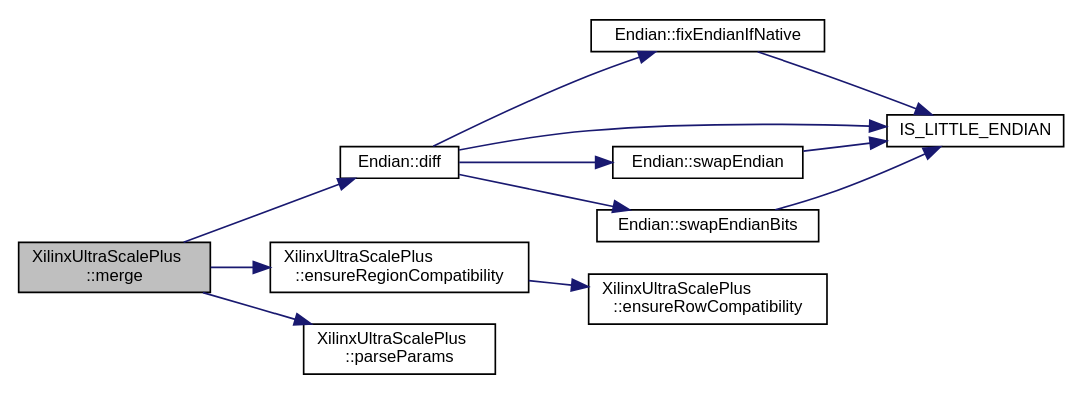
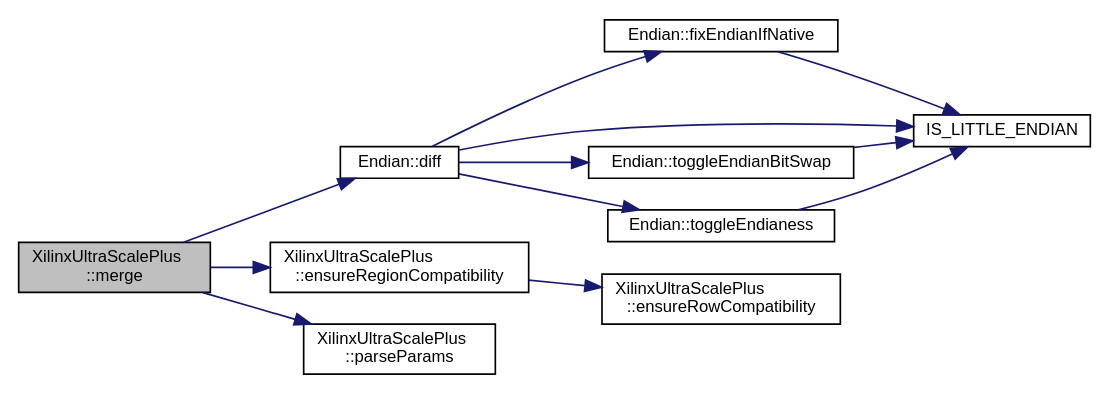
One commit to FPGA-Research-Manchester/byteman changed the diagram in classXilinxUltraScalePlus_aa0e0292dad364e72a422f4733f5ca207_cgraph.dot. Above: the diagram before and after it, drawn with Graphviz. The commit also changed 366 other files, not shown here.

```diff
--- a/classXilinxUltraScalePlus_aa0e0292dad364e72a422f4733f5ca207_cgraph.dot
+++ b/classXilinxUltraScalePlus_aa0e0292dad364e72a422f4733f5ca207_cgraph.dot
@@ -1,28 +1,28 @@
 digraph "XilinxUltraScalePlus::merge"
 {
  // INTERACTIVE_SVG=YES
  // LATEX_PDF_SIZE
   edge [fontname="Helvetica",fontsize="10",labelfontname="Helvetica",labelfontsize="10"];
   node [fontname="Helvetica",fontsize="10",shape=record];
   rankdir="LR";
   Node1 [label="XilinxUltraScalePlus\l::merge",height=0.2,width=0.4,color="black", fillcolor="grey75", style="filled", fontcolor="black",tooltip=" "];
   Node1 -> Node2 [color="midnightblue",fontsize="10",style="solid",fontname="Helvetica"];
   Node2 [label="Endian::diff",height=0.2,width=0.4,color="black", fillcolor="white", style="filled",URL="$namespaceEndian.html#a341a75d4d5983d8e5572d021f945d9a5",tooltip=" "];
   Node2 -> Node3 [color="midnightblue",fontsize="10",style="solid",fontname="Helvetica"];
   Node3 [label="Endian::fixEndianIfNative",height=0.2,width=0.4,color="black", fillcolor="white", style="filled",URL="$namespaceEndian.html#a8a0c2ce68f029b6a669ea1009ab0054b",tooltip=" "];
   Node3 -> Node4 [color="midnightblue",fontsize="10",style="solid",fontname="Helvetica"];
   Node4 [label="IS_LITTLE_ENDIAN",height=0.2,width=0.4,color="black", fillcolor="white", style="filled",URL="$Endianess_8h.html#a09334e77fb4b0057f3d9ef99a5ae987c",tooltip=" "];
   Node2 -> Node4 [color="midnightblue",fontsize="10",style="solid",fontname="Helvetica"];
   Node2 -> Node5 [color="midnightblue",fontsize="10",style="solid",fontname="Helvetica"];
-  Node5 [label="Endian::swapEndian",height=0.2,width=0.4,color="black", fillcolor="white", style="filled",URL="$namespaceEndian.html#a250cb73cab89a72ecae4c250ca0c41f5",tooltip=" "];
+  Node5 [label="Endian::toggleEndianBitSwap",height=0.2,width=0.4,color="black", fillcolor="white", style="filled",URL="$namespaceEndian.html#af469f5fd27060a81c82806dea65554a7",tooltip=" "];
   Node5 -> Node4 [color="midnightblue",fontsize="10",style="solid",fontname="Helvetica"];
   Node2 -> Node6 [color="midnightblue",fontsize="10",style="solid",fontname="Helvetica"];
-  Node6 [label="Endian::swapEndianBits",height=0.2,width=0.4,color="black", fillcolor="white", style="filled",URL="$namespaceEndian.html#ae84a9fd69f0e2b208ae1beb9c5b3d331",tooltip=" "];
+  Node6 [label="Endian::toggleEndianess",height=0.2,width=0.4,color="black", fillcolor="white", style="filled",URL="$namespaceEndian.html#a954bd435350458e73339029cae57e78b",tooltip=" "];
   Node6 -> Node4 [color="midnightblue",fontsize="10",style="solid",fontname="Helvetica"];
   Node1 -> Node7 [color="midnightblue",fontsize="10",style="solid",fontname="Helvetica"];
   Node7 [label="XilinxUltraScalePlus\l::ensureRegionCompatibility",height=0.2,width=0.4,color="black", fillcolor="white", style="filled",URL="$classXilinxUltraScalePlus.html#aee23123bf4e839c04197f1a8f11441e4",tooltip=" "];
   Node7 -> Node8 [color="midnightblue",fontsize="10",style="solid",fontname="Helvetica"];
   Node8 [label="XilinxUltraScalePlus\l::ensureRowCompatibility",height=0.2,width=0.4,color="black", fillcolor="white", style="filled",URL="$classXilinxUltraScalePlus.html#a2877557d807ee21ed7f111459380f944",tooltip=" "];
   Node1 -> Node9 [color="midnightblue",fontsize="10",style="solid",fontname="Helvetica"];
   Node9 [label="XilinxUltraScalePlus\l::parseParams",height=0.2,width=0.4,color="black", fillcolor="white", style="filled",URL="$classXilinxUltraScalePlus.html#aafd36c932d3c93bac078997a32ca8bc6",tooltip=" "];
 }
```
